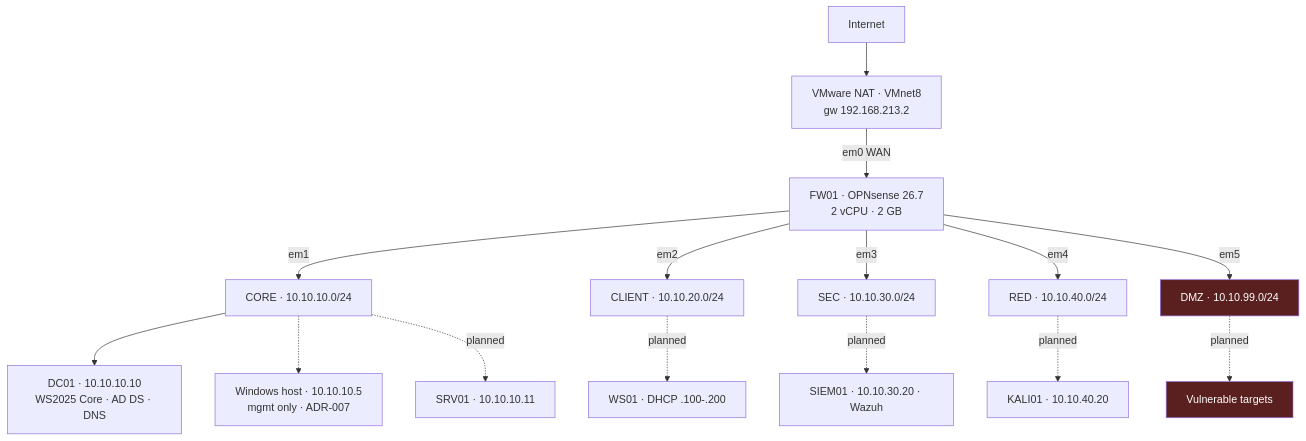
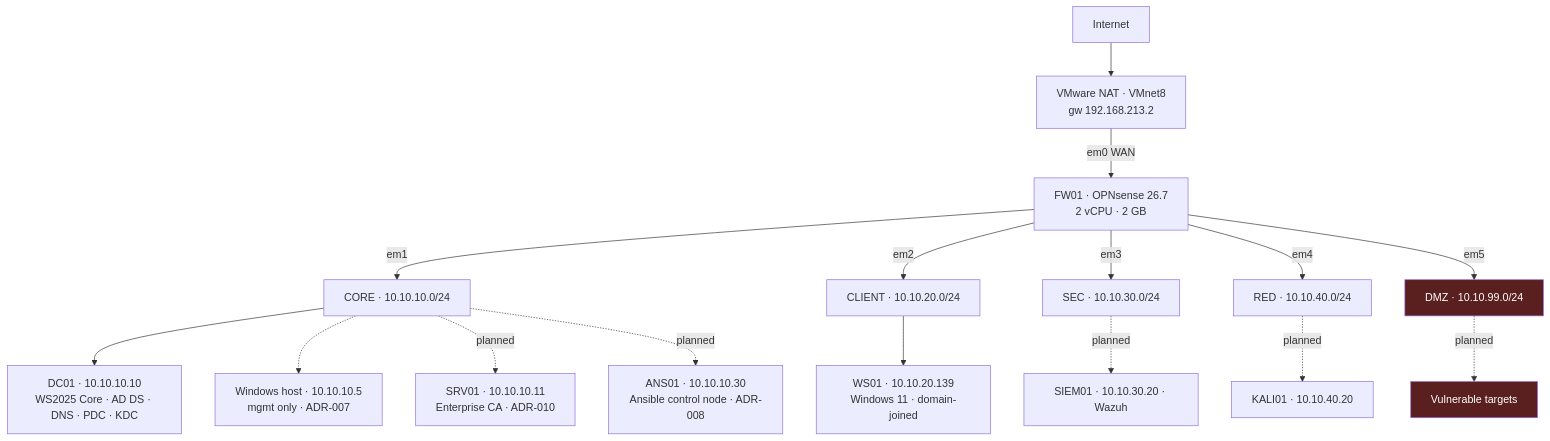
One commit to Icejandeperio/VaultLab-IT-Infrastructure-Learning changed the diagram in docs/topology.md. Above: the diagram before and after it, drawn with Mermaid. The commit also changed other lines of this file and 6 other files, not shown here.

````diff
--- a/docs/topology.md
+++ b/docs/topology.md
@@ -5,22 +5,23 @@
 ```mermaid
 graph TD
     NET[Internet] --> NAT[VMware NAT · VMnet8<br/>gw 192.168.213.2]
     NAT -->|em0 WAN| FW[FW01 · OPNsense 26.7<br/>2 vCPU · 2 GB]
 
     FW -->|em1| CORE[CORE · 10.10.10.0/24]
     FW -->|em2| CLIENT[CLIENT · 10.10.20.0/24]
     FW -->|em3| SEC[SEC · 10.10.30.0/24]
     FW -->|em4| RED[RED · 10.10.40.0/24]
     FW -->|em5| DMZ[DMZ · 10.10.99.0/24]
 
-    CORE --> DC01[DC01 · 10.10.10.10<br/>WS2025 Core · AD DS · DNS]
+    CORE --> DC01[DC01 · 10.10.10.10<br/>WS2025 Core · AD DS · DNS · PDC · KDC]
     CORE -.-> HOST[Windows host · 10.10.10.5<br/>mgmt only · ADR-007]
-    CORE -.planned.-> SRV01[SRV01 · 10.10.10.11]
-    CLIENT -.planned.-> WS01[WS01 · DHCP .100-.200]
+    CORE -.planned.-> SRV01[SRV01 · 10.10.10.11<br/>Enterprise CA · ADR-010]
+    CORE -.planned.-> ANS01[ANS01 · 10.10.10.30<br/>Ansible control node · ADR-008]
+    CLIENT --> WS01[WS01 · 10.10.20.139<br/>Windows 11 · domain-joined]
     SEC -.planned.-> SIEM01[SIEM01 · 10.10.30.20 · Wazuh]
     RED -.planned.-> KALI01[KALI01 · 10.10.40.20]
     DMZ -.planned.-> TGT[Vulnerable targets]
 
     style DMZ fill:#5a1f1f,color:#fff
     style TGT fill:#5a1f1f,color:#fff
 ```
````
